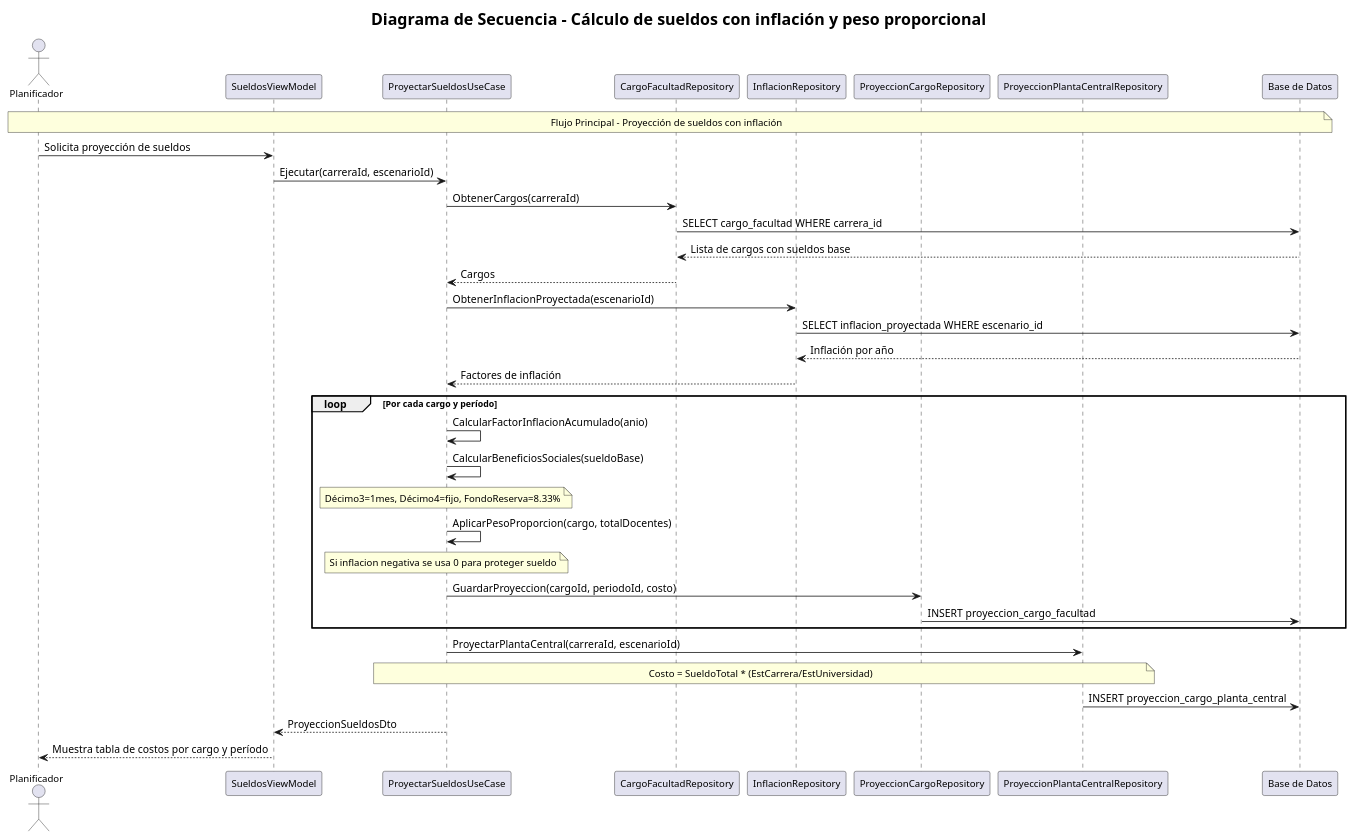
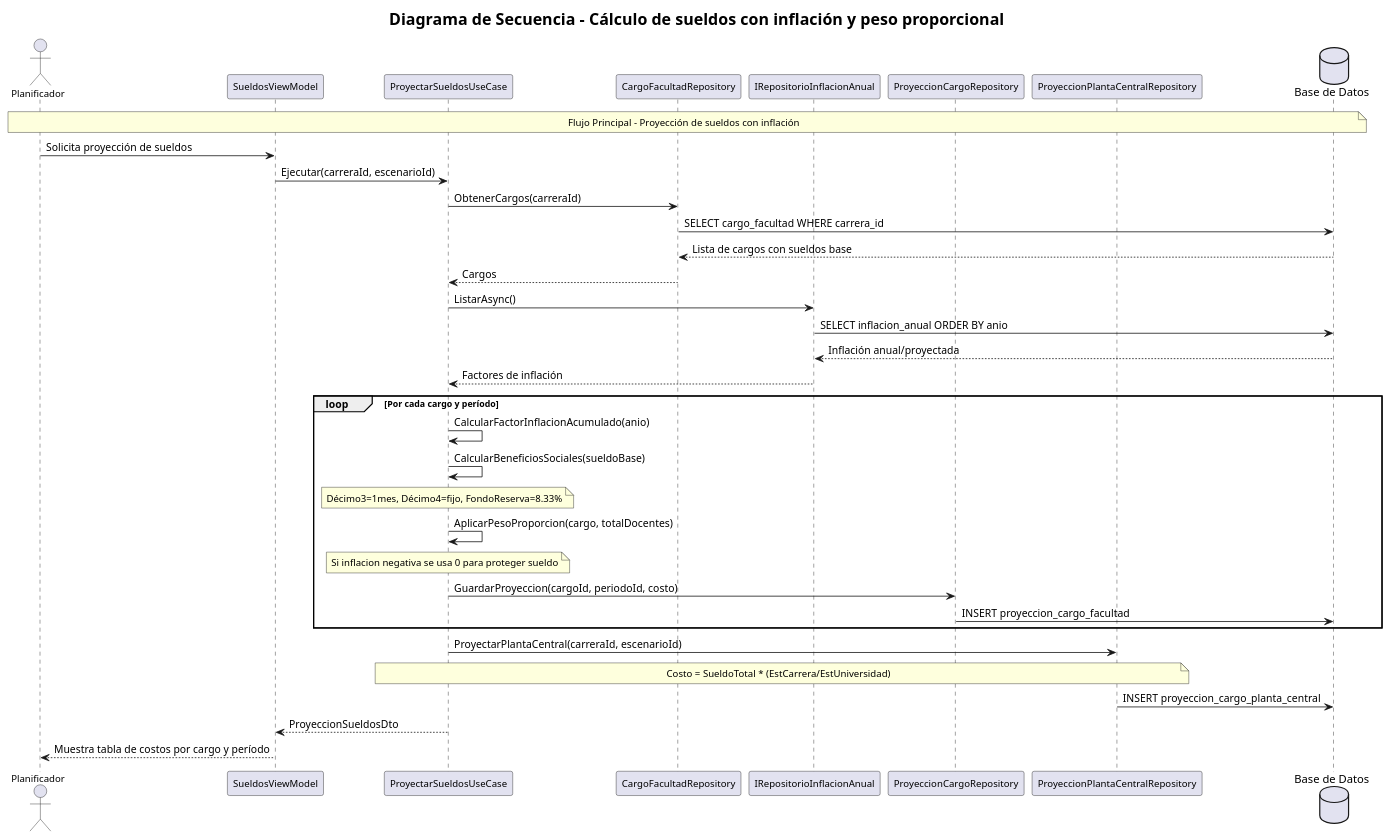
The diagram in src/Application/UseCases/Diagramas de Secuencia/Diagrama-Secuencia-6-Cálculo de sueldos con inflación y peso proporcional.puml (Miguels5847/SistemaAranceles), drawn with PlantUML before and after one commit. The commit also changed 43 other files, not shown here.

Commit message:
Cambios y mejoras en Diagramas

```diff
--- a/src/Application/UseCases/Diagramas de Secuencia/Diagrama-Secuencia-6-Cálculo de sueldos con inflación y peso proporcional.puml
+++ b/src/Application/UseCases/Diagramas de Secuencia/Diagrama-Secuencia-6-Cálculo de sueldos con inflación y peso proporcional.puml
@@ -1,70 +1,70 @@
 @startuml
 title <b><size:20>Diagrama de Secuencia - Cálculo de sueldos con inflación y peso proporcional</size></b>
 
 skinparam participant {
     FontSize 12
     FontStyle normal
 }
 skinparam actor {
     FontSize 12
     FontStyle normal
 }
 skinparam note {
     FontSize 12
 }
 
 actor "Planificador"
 participant "SueldosViewModel"
 participant "ProyectarSueldosUseCase"
 participant "CargoFacultadRepository"
-participant "InflacionRepository"
+participant "IRepositorioInflacionAnual"
 participant "ProyeccionCargoRepository"
 participant "ProyeccionPlantaCentralRepository"
-participant "Base de Datos"
+database "Base de Datos" as db
 
-note over "Planificador","Base de Datos"
+note over "Planificador","db"
 Flujo Principal - Proyección de sueldos con inflación
 end note
 
 "Planificador" -> "SueldosViewModel": Solicita proyección de sueldos
 "SueldosViewModel" -> "ProyectarSueldosUseCase": Ejecutar(carreraId, escenarioId)
 
 "ProyectarSueldosUseCase" -> "CargoFacultadRepository": ObtenerCargos(carreraId)
-"CargoFacultadRepository" -> "Base de Datos": SELECT cargo_facultad WHERE carrera_id
-"Base de Datos" --> "CargoFacultadRepository": Lista de cargos con sueldos base
+"CargoFacultadRepository" -> "db": SELECT cargo_facultad WHERE carrera_id
+"db" --> "CargoFacultadRepository": Lista de cargos con sueldos base
 "CargoFacultadRepository" --> "ProyectarSueldosUseCase": Cargos
 
-"ProyectarSueldosUseCase" -> "InflacionRepository": ObtenerInflacionProyectada(escenarioId)
-"InflacionRepository" -> "Base de Datos": SELECT inflacion_proyectada WHERE escenario_id
-"Base de Datos" --> "InflacionRepository": Inflación por año
-"InflacionRepository" --> "ProyectarSueldosUseCase": Factores de inflación
+"ProyectarSueldosUseCase" -> "IRepositorioInflacionAnual": ListarAsync()
+"IRepositorioInflacionAnual" -> "db": SELECT inflacion_anual ORDER BY anio
+"db" --> "IRepositorioInflacionAnual": Inflación anual/proyectada
+"IRepositorioInflacionAnual" --> "ProyectarSueldosUseCase": Factores de inflación
 
 loop Por cada cargo y período
     "ProyectarSueldosUseCase" -> "ProyectarSueldosUseCase": CalcularFactorInflacionAcumulado(anio)
     "ProyectarSueldosUseCase" -> "ProyectarSueldosUseCase": CalcularBeneficiosSociales(sueldoBase)
 
     note over "ProyectarSueldosUseCase"
     Décimo3=1mes, Décimo4=fijo, FondoReserva=8.33%
     end note
 
     "ProyectarSueldosUseCase" -> "ProyectarSueldosUseCase": AplicarPesoProporcion(cargo, totalDocentes)
 
     note over "ProyectarSueldosUseCase"
     Si inflacion negativa se usa 0 para proteger sueldo
     end note
 
     "ProyectarSueldosUseCase" -> "ProyeccionCargoRepository": GuardarProyeccion(cargoId, periodoId, costo)
-    "ProyeccionCargoRepository" -> "Base de Datos": INSERT proyeccion_cargo_facultad
+    "ProyeccionCargoRepository" -> "db": INSERT proyeccion_cargo_facultad
 end
 
 "ProyectarSueldosUseCase" -> "ProyeccionPlantaCentralRepository": ProyectarPlantaCentral(carreraId, escenarioId)
 
 note over "ProyectarSueldosUseCase","ProyeccionPlantaCentralRepository"
 Costo = SueldoTotal * (EstCarrera/EstUniversidad)
 end note
 
-"ProyeccionPlantaCentralRepository" -> "Base de Datos": INSERT proyeccion_cargo_planta_central
+"ProyeccionPlantaCentralRepository" -> "db": INSERT proyeccion_cargo_planta_central
 
 "ProyectarSueldosUseCase" --> "SueldosViewModel": ProyeccionSueldosDto
 "SueldosViewModel" --> "Planificador": Muestra tabla de costos por cargo y período
 @enduml
```
